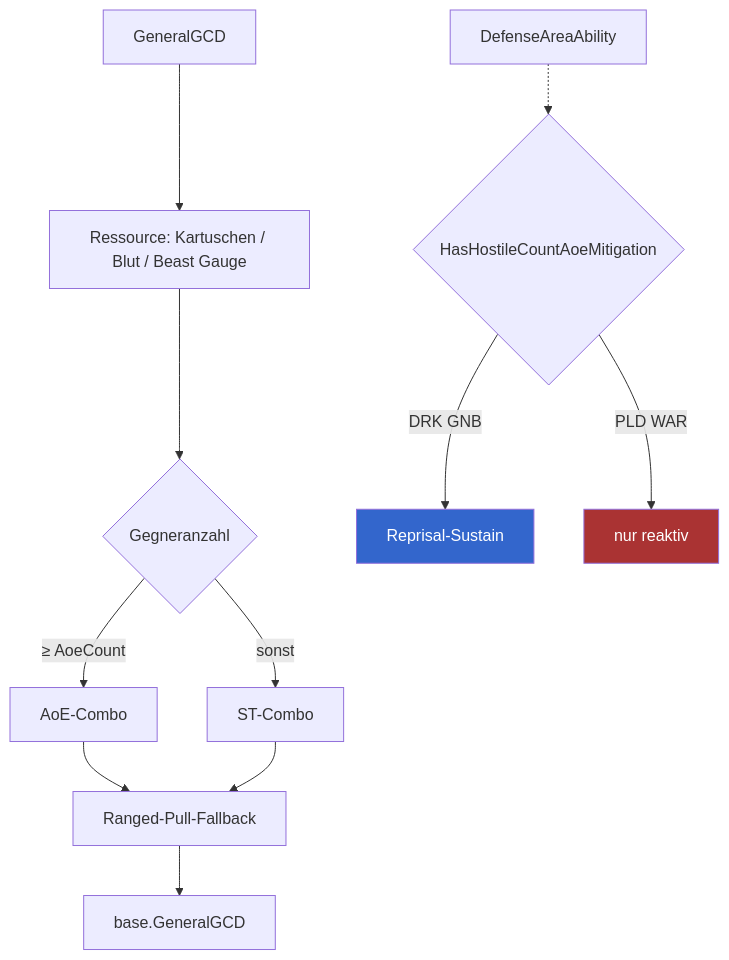
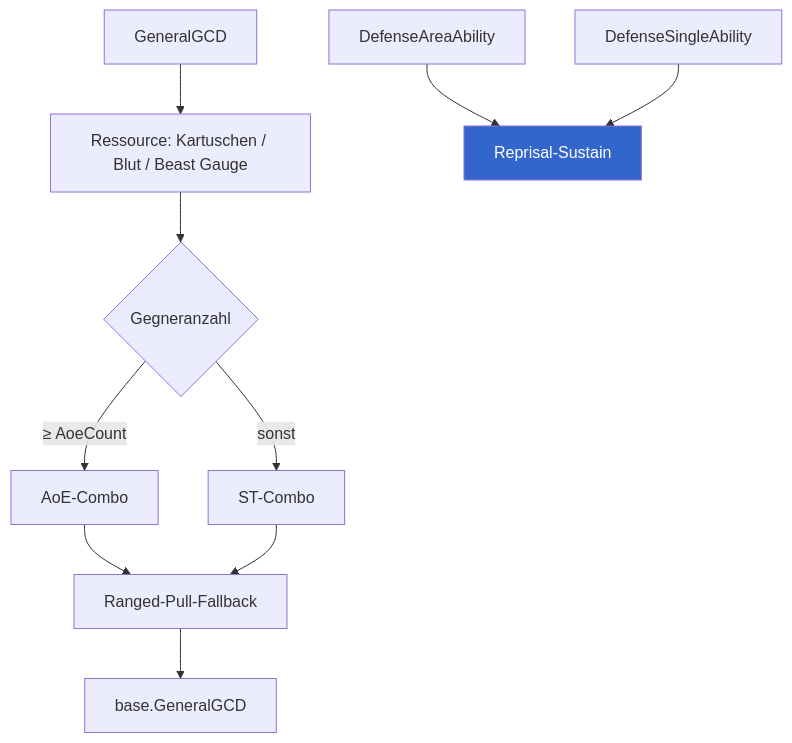
Before and after one commit to Wishbringer71/RSR-Testing: the second of 5 diagrams in docs/rotation-flow/02-groups.md, drawn with Mermaid. The commit also changed other lines of this file and 8 other files, not shown here.

````diff
--- a/docs/rotation-flow/02-groups.md
+++ b/docs/rotation-flow/02-groups.md
@@ -66,17 +66,15 @@
 ```mermaid
 flowchart TD
     A[GeneralGCD] --> B[Ressource: Kartuschen / Blut / Beast Gauge]
     B --> C{Gegneranzahl}
     C -- "≥ AoeCount" --> D[AoE-Combo]
     C -- "sonst" --> E[ST-Combo]
     D --> F[Ranged-Pull-Fallback]
     E --> F
     F --> G[base.GeneralGCD]
 
-    H[DefenseAreaAbility] -.-> I{HasHostileCountAoeMitigation}
-    I -- "DRK GNB" --> J[Reprisal-Sustain]
-    I -- "PLD WAR" --> K[nur reaktiv]
+    H[DefenseAreaAbility] --> J[Reprisal-Sustain]
+    L[DefenseSingleAbility] --> J
 
     style J fill:#36c,color:#fff
-    style K fill:#a33,color:#fff
 ```
````
